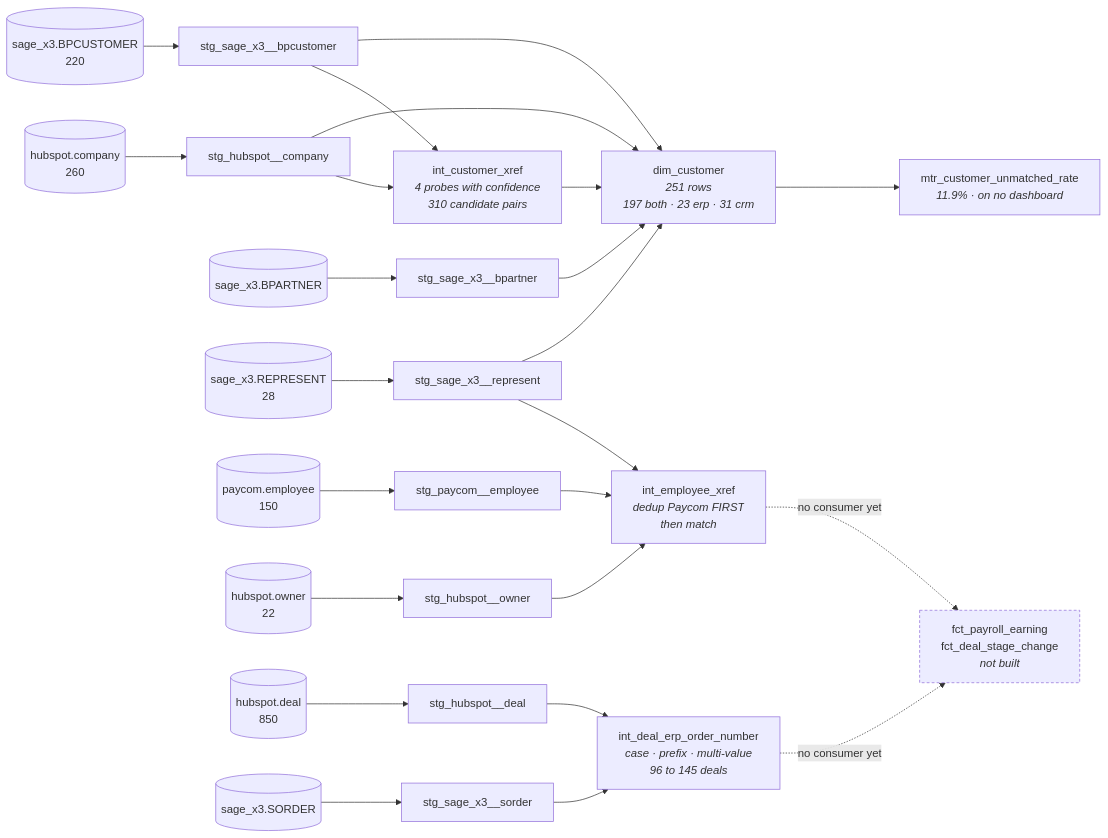
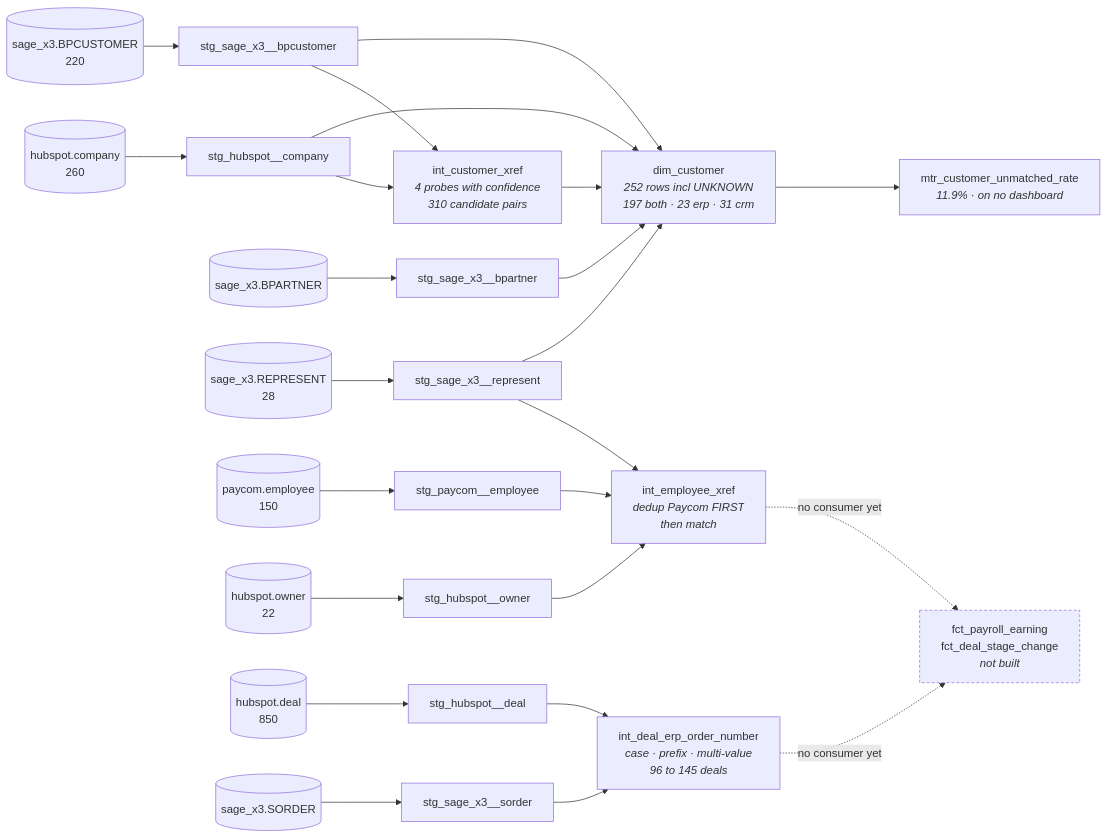
Before and after one commit to patrickmhaney/bgr_control_tower: diagram 12 of 13 in docs/data_model.md, drawn with Mermaid. The commit also changed other lines of this file and 6 other files, not shown here.

````diff
--- a/docs/data_model.md
+++ b/docs/data_model.md
@@ -1078,34 +1078,34 @@
 ```mermaid
 flowchart LR
     hs_co[("hubspot.company<br/>260")] --> stg_hco["stg_hubspot__company"]
     x3_bc[("sage_x3.BPCUSTOMER<br/>220")] --> stg_bc["stg_sage_x3__bpcustomer"]
     x3_bp[("sage_x3.BPARTNER")] --> stg_bp["stg_sage_x3__bpartner"]
     x3_rp[("sage_x3.REPRESENT<br/>28")] --> stg_rp["stg_sage_x3__represent"]
     pc_emp[("paycom.employee<br/>150")] --> stg_emp["stg_paycom__employee"]
     hs_own[("hubspot.owner<br/>22")] --> stg_own["stg_hubspot__owner"]
     hs_deal[("hubspot.deal<br/>850")] --> stg_deal["stg_hubspot__deal"]
     x3_so[("sage_x3.SORDER")] --> stg_so["stg_sage_x3__sorder"]
 
     stg_hco --> xref_c["int_customer_xref<br/><i>4 probes with confidence</i><br/><i>310 candidate pairs</i>"]
     stg_bc --> xref_c
 
     stg_emp --> xref_e["int_employee_xref<br/><i>dedup Paycom FIRST</i><br/><i>then match</i>"]
     stg_rp --> xref_e
     stg_own --> xref_e
 
     stg_deal --> repair["int_deal_erp_order_number<br/><i>case · prefix · multi-value</i><br/><i>96 to 145 deals</i>"]
     stg_so --> repair
 
-    xref_c --> dcust["dim_customer<br/><i>251 rows</i><br/><i>197 both · 23 erp · 31 crm</i>"]
+    xref_c --> dcust["dim_customer<br/><i>252 rows incl UNKNOWN</i><br/><i>197 both · 23 erp · 31 crm</i>"]
     stg_hco --> dcust
     stg_bc --> dcust
     stg_bp --> dcust
     stg_rp --> dcust
 
     dcust --> mtr_um["mtr_customer_unmatched_rate<br/><i>11.9% · on no dashboard</i>"]
 
     xref_e -. "no consumer yet" .-> none1["fct_payroll_earning<br/>fct_deal_stage_change<br/><i>not built</i>"]
     repair -. "no consumer yet" .-> none1
 
     style none1 stroke-dasharray:4 3
 ```
````
